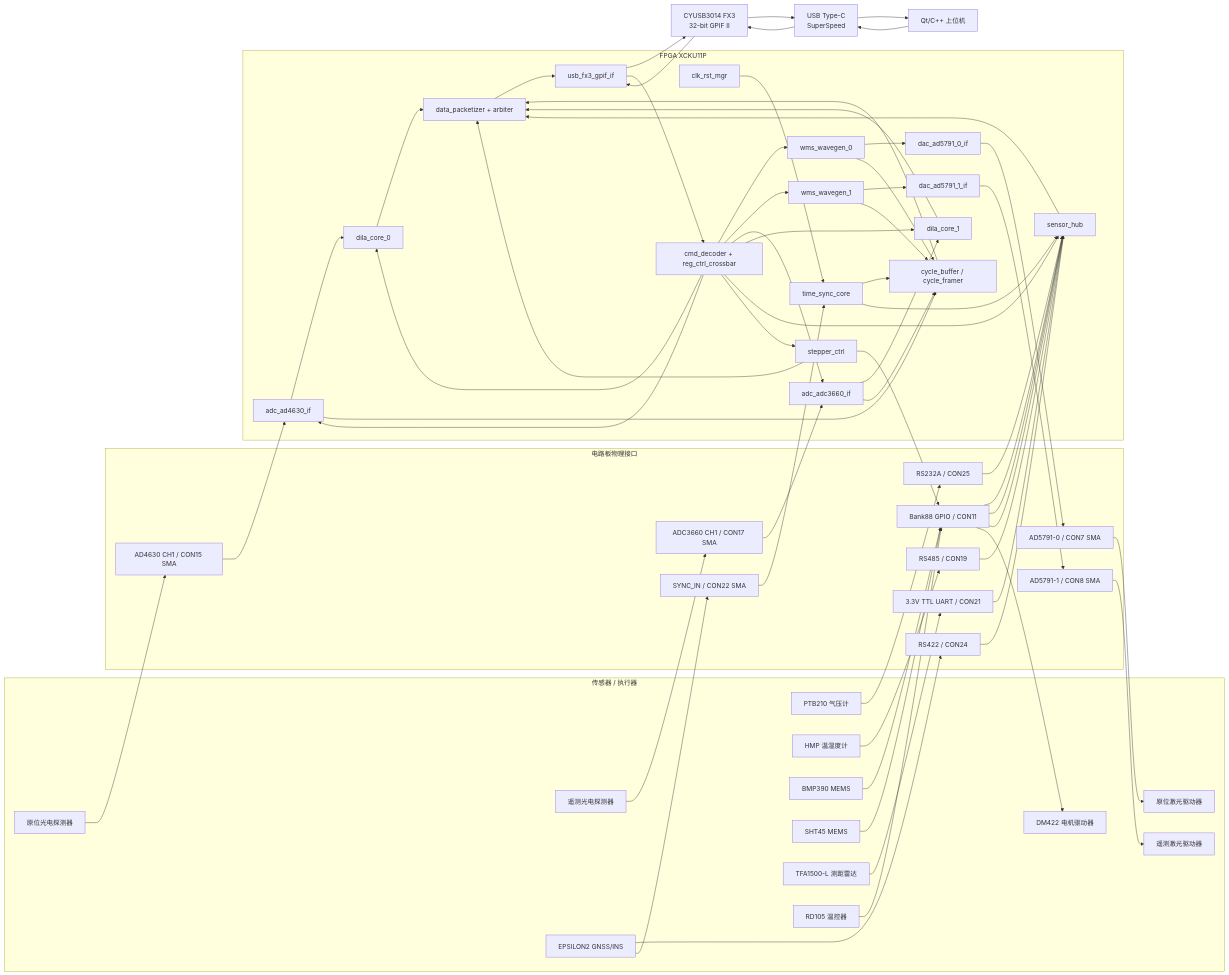
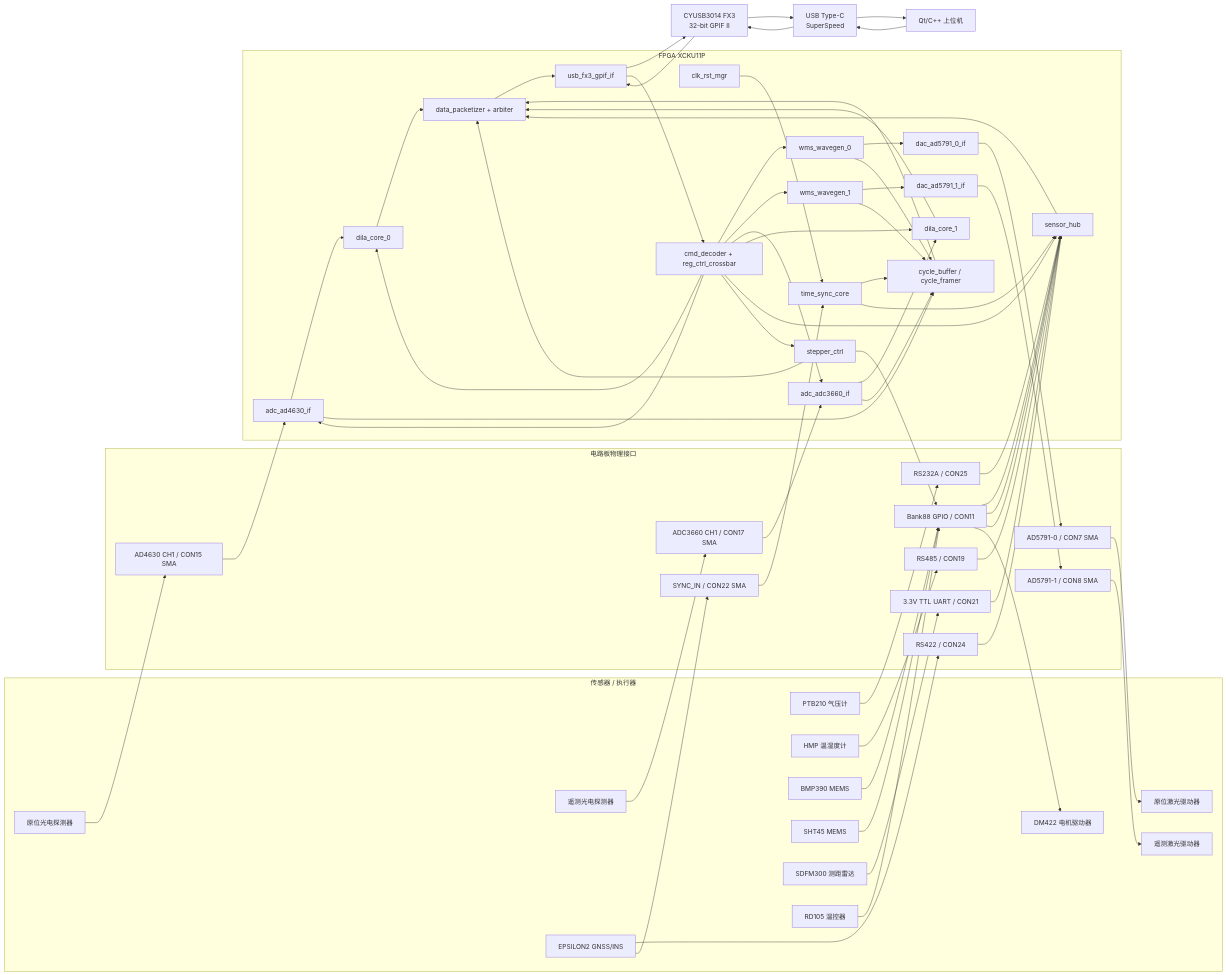
Before and after one commit to JiachengDong2026/Vapor_Radar_App_V2: the first of 2 diagrams in Docs/FPGA下位机详细架构与接口分配方案_V1.1.md, drawn with Mermaid. The commit also changed other lines of this file and 67 other files, not shown here.

```diff
--- a/Docs/FPGA下位机详细架构与接口分配方案_V1.1.md
+++ b/Docs/FPGA下位机详细架构与接口分配方案_V1.1.md
@@ -61,7 +63,7 @@
         EPS[EPSILON2 GNSS/INS]
         BMP[BMP390 MEMS]
         SHT[SHT45 MEMS]
-        TFA[TFA1500-L 测距雷达]
+        SDFM300[SDFM300 测距雷达]
         RD[RD105 温控器]
         MOT[DM422 电机驱动器]
     end
@@ -113,7 +115,7 @@
     EPS --> SYNC --> TIME
     BMP --> GPIO --> SEN
     SHT --> GPIO --> SEN
-    TFA --> TTL --> SEN
+    SDFM300 --> TTL --> SEN
     RD --> GPIO --> SEN
     MOTC --> GPIO --> MOT
 
```
